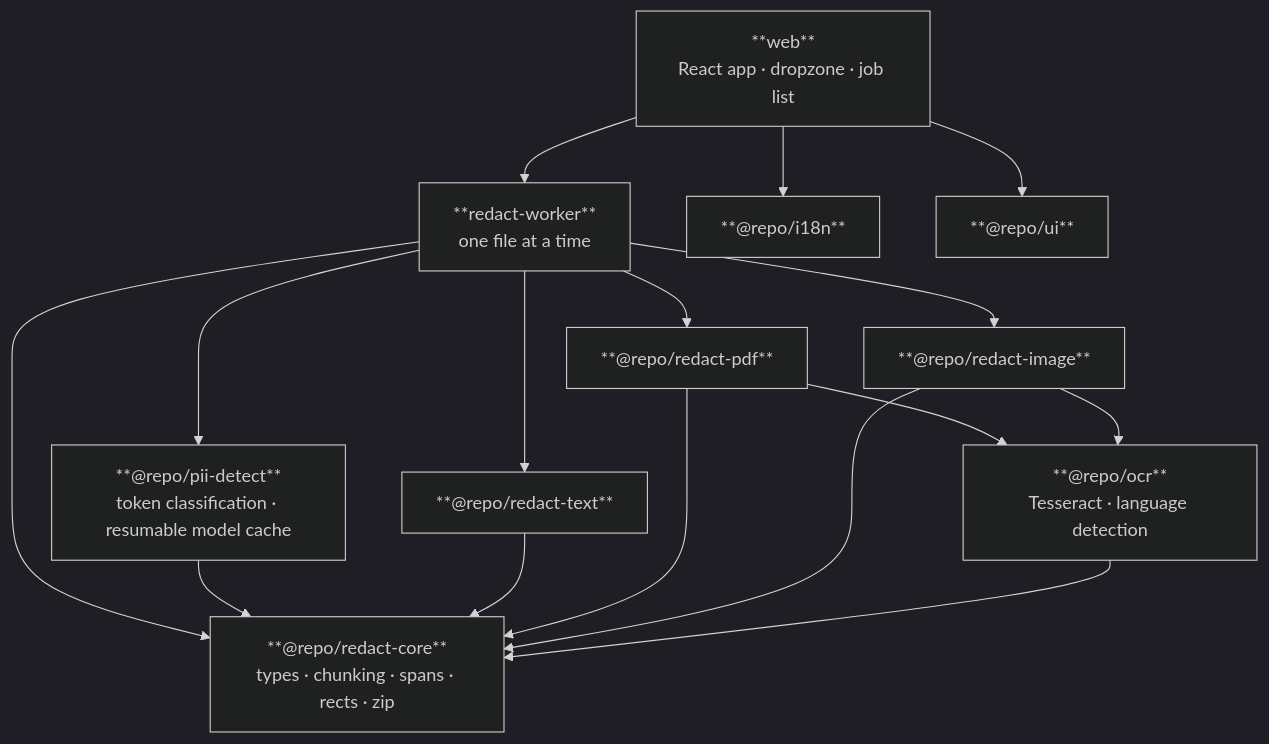
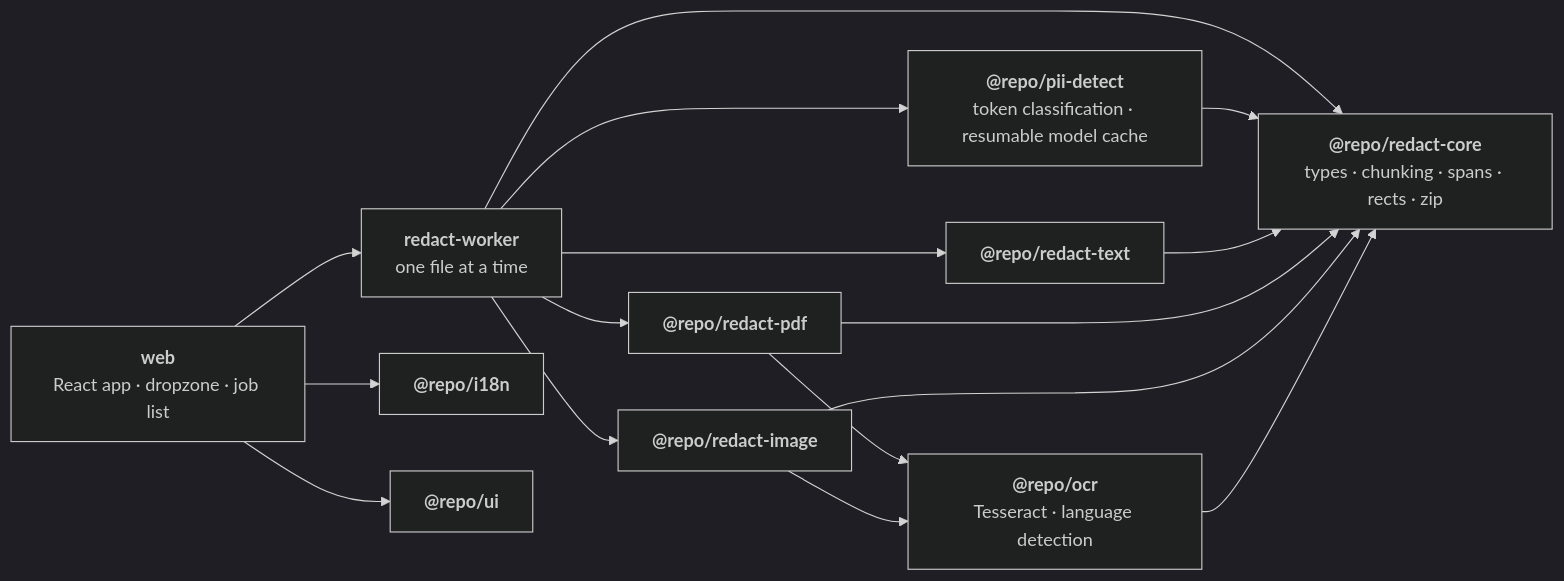
The diagram in README.md (pedroapfilho/localveil), drawn with Mermaid (dark theme) before and after one commit. The commit also changed 8 other files, not shown here.

First line of the commit message:
refactor(web): keep the list and the download off an empty page

````diff
--- a/README.md
+++ b/README.md
@@ -70,29 +70,29 @@
 ```mermaid
-graph TD
-  web["**web**<br>React app · dropzone · job list"]
-  worker["**redact-worker**<br>one file at a time"]
-  core["**@repo/redact-core**<br>types · chunking · spans · rects · zip"]
-  detect["**@repo/pii-detect**<br>token classification · resumable model cache"]
-  ocr["**@repo/ocr**<br>Tesseract · language detection"]
-  text["**@repo/redact-text**"]
-  pdf["**@repo/redact-pdf**"]
-  image["**@repo/redact-image**"]
-  i18n["**@repo/i18n**"]
-  ui["**@repo/ui**"]
+flowchart LR
+  web["<b>web</b><br/>React app · dropzone · job list"]
+  worker["<b>redact-worker</b><br/>one file at a time"]
+  core["<b>@repo/redact-core</b><br/>types · chunking · spans · rects · zip"]
+  detect["<b>@repo/pii-detect</b><br/>token classification · resumable model cache"]
+  ocr["<b>@repo/ocr</b><br/>Tesseract · language detection"]
+  text["<b>@repo/redact-text</b>"]
+  pdf["<b>@repo/redact-pdf</b>"]
+  image["<b>@repo/redact-image</b>"]
+  i18n["<b>@repo/i18n</b>"]
+  ui["<b>@repo/ui</b>"]
 
   web --> worker
   web --> i18n
   web --> ui
   worker --> core
   worker --> detect
   worker --> text
   worker --> pdf
   worker --> image
   detect --> core
   text --> core
   pdf --> core
   pdf --> ocr
   image --> core
   image --> ocr
   ocr --> core
 ```
````
